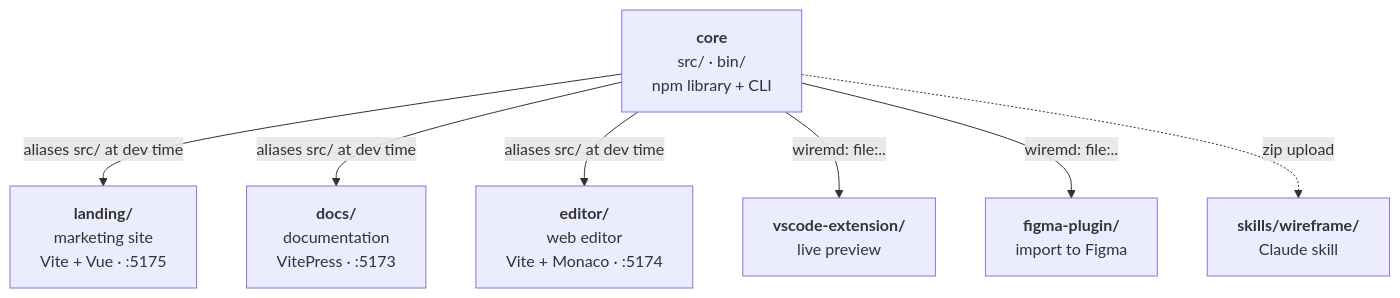
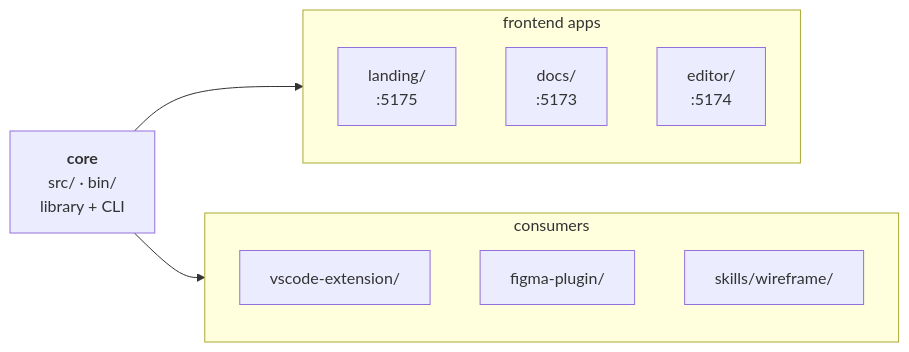
One commit to teezeit/wiremd changed the diagram in README.md. Above: the diagram before and after it, drawn with Mermaid. The commit also changed other lines of this file, not shown here.

Commit message:
docs: restructure project layout section — file tree + LR Mermaid diagram

````diff
--- a/README.md
+++ b/README.md
@@ -97,19 +108,19 @@
 ```mermaid
-graph TD
-  core["<b>core</b><br/>src/ · bin/<br/>npm library + CLI"]
+graph LR
+  core["<b>core</b><br/>src/ · bin/<br/>library + CLI"]
 
-  landing["<b>landing/</b><br/>marketing site<br/>Vite + Vue · :5175"]
-  docs["<b>docs/</b><br/>documentation<br/>VitePress · :5173"]
-  editor["<b>editor/</b><br/>web editor<br/>Vite + Monaco · :5174"]
+  subgraph apps["frontend apps"]
+    landing["landing/<br/>:5175"]
+    docs["docs/<br/>:5173"]
+    editor["editor/<br/>:5174"]
+  end
 
-  vscode["<b>vscode-extension/</b><br/>live preview"]
-  figma["<b>figma-plugin/</b><br/>import to Figma"]
-  skill["<b>skills/wireframe/</b><br/>Claude skill"]
+  subgraph consumers["consumers"]
+    vscode["vscode-extension/"]
+    figma["figma-plugin/"]
+    skill["skills/wireframe/"]
+  end
 
-  core -->|"aliases src/ at dev time"| landing
-  core -->|"aliases src/ at dev time"| docs
-  core -->|"aliases src/ at dev time"| editor
-  core -->|"wiremd: file:.."| vscode
-  core -->|"wiremd: file:.."| figma
-  core -.->|"zip upload"| skill
+  core --> apps
+  core --> consumers
 ```
````
